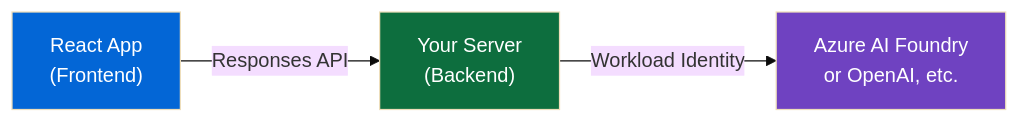
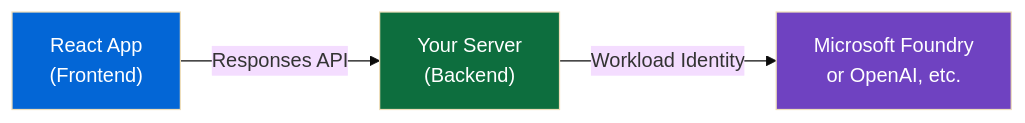
The first of 5 diagrams in docs/src/1-getting-started/architecture.md (Azure-Samples/foundry-azure-local-chat), drawn with Mermaid (base theme) before and after one commit. The commit also changed other lines of this file and 62 other files, not shown here.

````diff
--- a/docs/src/1-getting-started/architecture.md
+++ b/docs/src/1-getting-started/architecture.md
@@ -9,9 +9,9 @@
 ```mermaid
 flowchart LR
     A["React App<br/>(Frontend)"] -->|Responses API| B["Your Server<br/>(Backend)"]
-    B -->|Workload Identity| C["Azure AI Foundry<br/>or OpenAI, etc."]
+    B -->|Workload Identity| C["Microsoft Foundry<br/>or OpenAI, etc."]
 
     style A fill:#0366d6,color:#fff
     style B fill:#0d6e3e,color:#fff
     style C fill:#6f42c1,color:#fff
 ```
````
